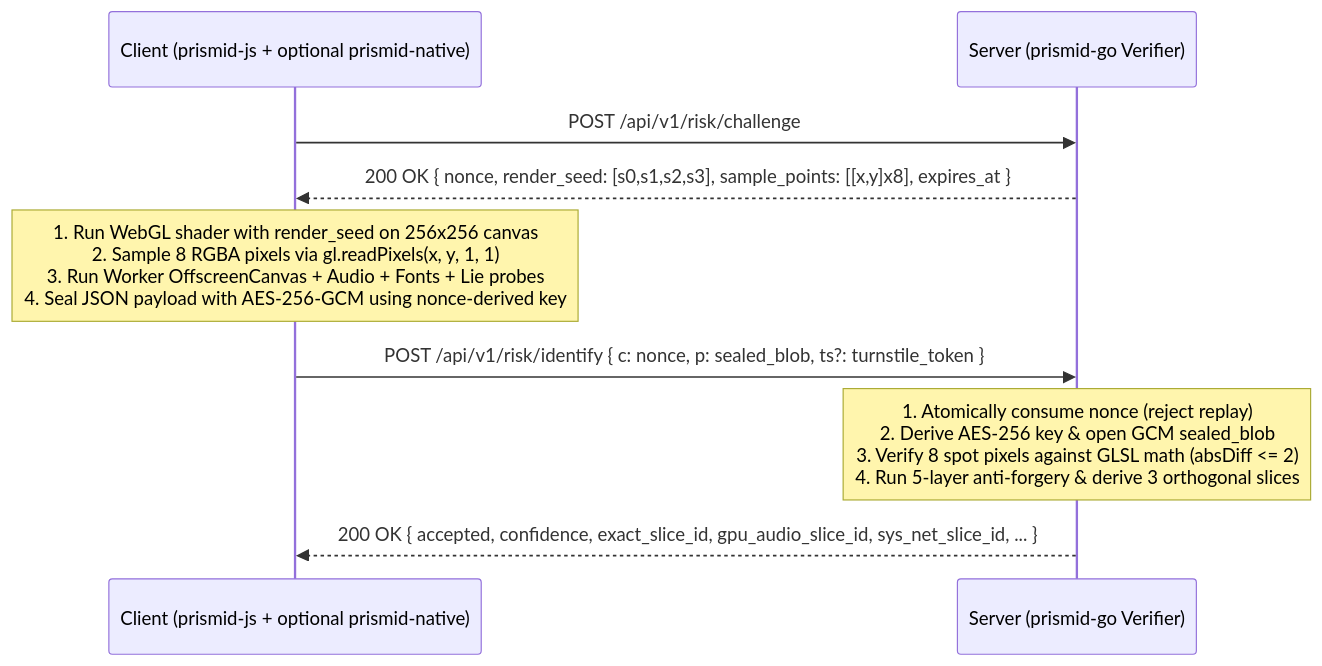
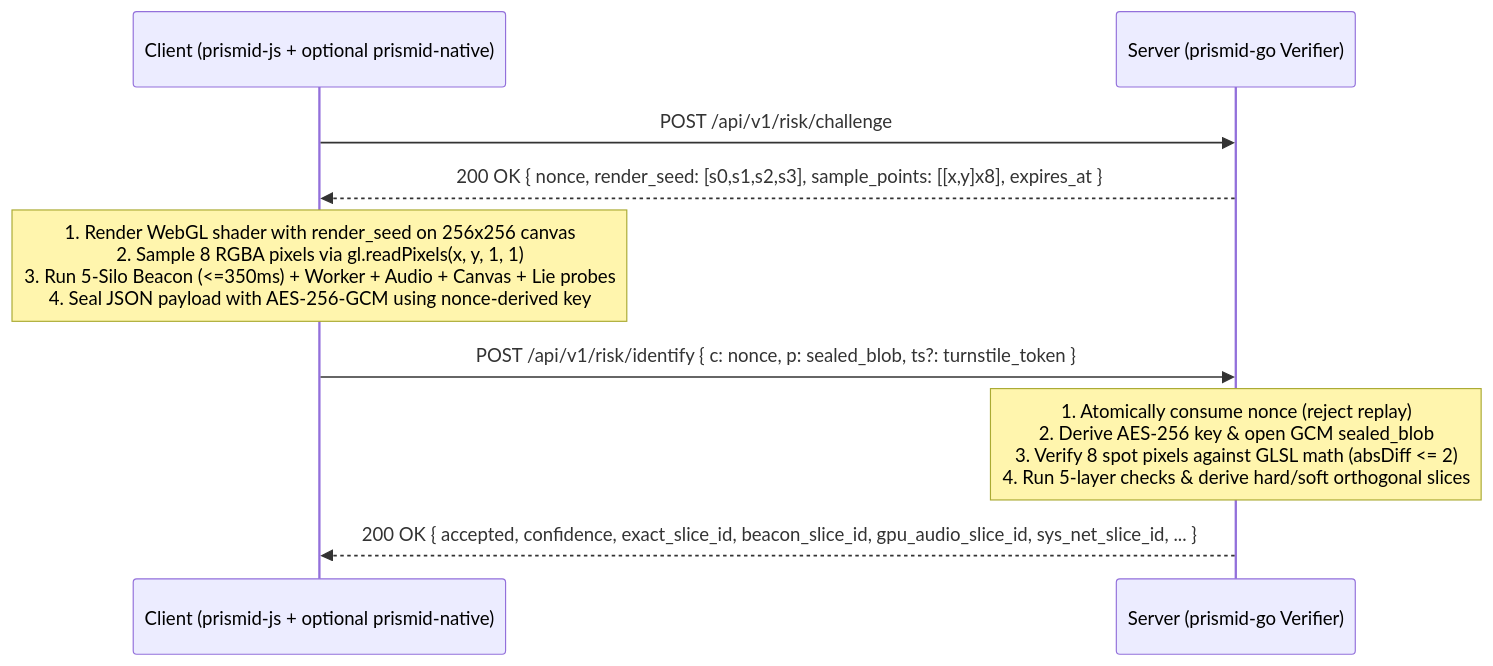
The diagram in docs/PROTOCOL_SPEC.md (yrZhaoweb/prismid), drawn with Mermaid before and after one commit. The commit also changed other lines of this file and 21 other files, not shown here.

Commit message:
feat(v0.4.0): resolve DeepSeek & GPT security/correlation audit findings, decouple hard vs soft slices, bound SDK deadlines & graph BFS

````diff
--- a/docs/PROTOCOL_SPEC.md
+++ b/docs/PROTOCOL_SPEC.md
@@ -9,12 +9,12 @@
 ```mermaid
 sequenceDiagram
     participant C as Client (prismid-js + optional prismid-native)
     participant S as Server (prismid-go Verifier)
 
     C->>S: POST /api/v1/risk/challenge
     S-->>C: 200 OK { nonce, render_seed: [s0,s1,s2,s3], sample_points: [[x,y]x8], expires_at }
-    Note over C: 1. Run WebGL shader with render_seed on 256x256 canvas<br/>2. Sample 8 RGBA pixels via gl.readPixels(x, y, 1, 1)<br/>3. Run Worker OffscreenCanvas + Audio + Fonts + Lie probes<br/>4. Seal JSON payload with AES-256-GCM using nonce-derived key
+    Note over C: 1. Render WebGL shader with render_seed on 256x256 canvas<br/>2. Sample 8 RGBA pixels via gl.readPixels(x, y, 1, 1)<br/>3. Run 5-Silo Beacon (<=350ms) + Worker + Audio + Canvas + Lie probes<br/>4. Seal JSON payload with AES-256-GCM using nonce-derived key
     C->>S: POST /api/v1/risk/identify { c: nonce, p: sealed_blob, ts?: turnstile_token }
-    Note over S: 1. Atomically consume nonce (reject replay)<br/>2. Derive AES-256 key & open GCM sealed_blob<br/>3. Verify 8 spot pixels against GLSL math (absDiff <= 2)<br/>4. Run 5-layer anti-forgery & derive 3 orthogonal slices
-    S-->>C: 200 OK { accepted, confidence, exact_slice_id, gpu_audio_slice_id, sys_net_slice_id, ... }
+    Note over S: 1. Atomically consume nonce (reject replay)<br/>2. Derive AES-256 key & open GCM sealed_blob<br/>3. Verify 8 spot pixels against GLSL math (absDiff <= 2)<br/>4. Run 5-layer checks & derive hard/soft orthogonal slices
+    S-->>C: 200 OK { accepted, confidence, exact_slice_id, beacon_slice_id, gpu_audio_slice_id, sys_net_slice_id, ... }
 ```
````
